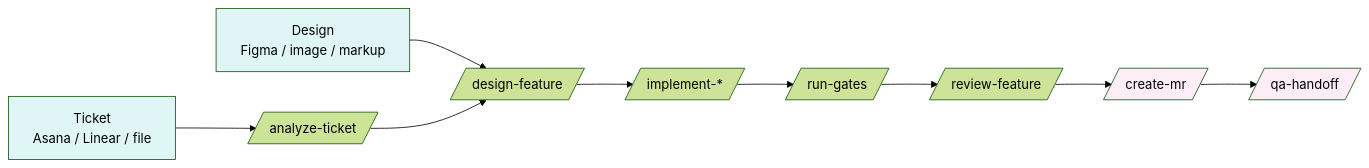
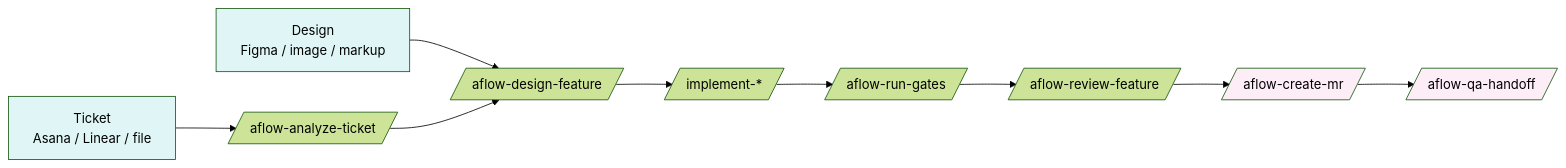
One commit to GuzCabQ/alea-flow changed the first of 9 diagrams in docs/PROJECT_WALKTHROUGH.md. Above: the diagram before and after it, drawn with Mermaid (forest theme). The commit also changed other lines of this file and 167 other files, not shown here.

First line of the commit message:
release: v0.1.1 — init/config, analyzer remediation, html report, command install, graph via dart_source_graph

````diff
--- a/docs/PROJECT_WALKTHROUGH.md
+++ b/docs/PROJECT_WALKTHROUGH.md
@@ -29,16 +29,16 @@
 ```mermaid
 flowchart LR
-    T[Ticket<br/>Asana / Linear / file] --> A[/analyze-ticket/]
-    D[Design<br/>Figma / image / markup] --> DF[/design-feature/]
+    T[Ticket<br/>Asana / Linear / file] --> A[/aflow-analyze-ticket/]
+    D[Design<br/>Figma / image / markup] --> DF[/aflow-design-feature/]
     A --> DF
     DF --> I[/implement-*/]
-    I --> G[/run-gates/]
-    G --> R[/review-feature/]
-    R --> MR[/create-mr/]
-    MR --> QA[/qa-handoff/]
+    I --> G[/aflow-run-gates/]
+    G --> R[/aflow-review-feature/]
+    R --> MR[/aflow-create-mr/]
+    MR --> QA[/aflow-qa-handoff/]
 
     style T fill:#E0F5F5
     style D fill:#E0F5F5
     style MR fill:#FCEDF6
     style QA fill:#FCEDF6
 ```
````
